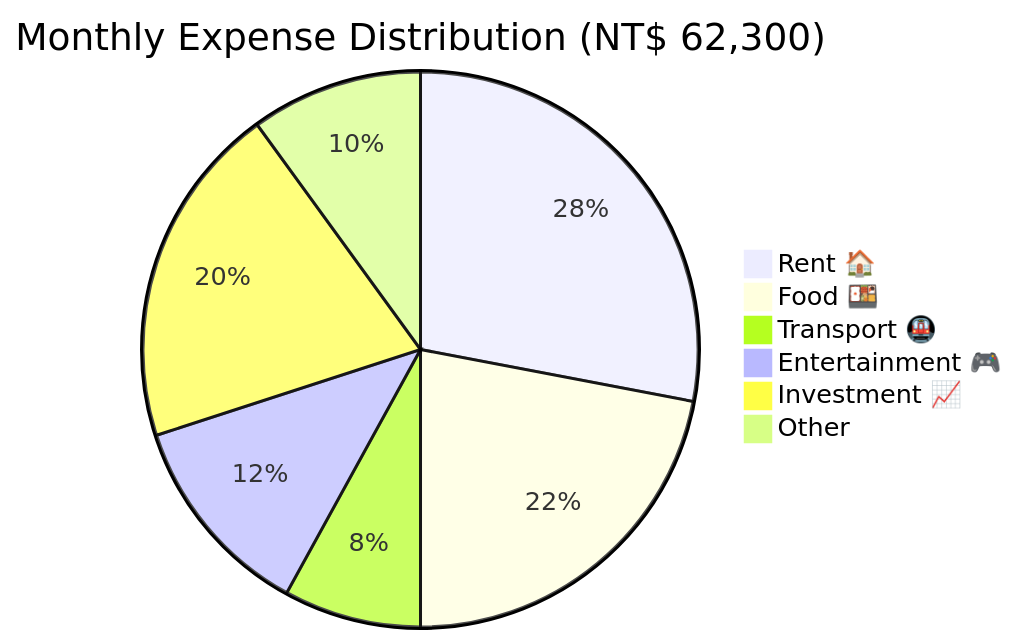
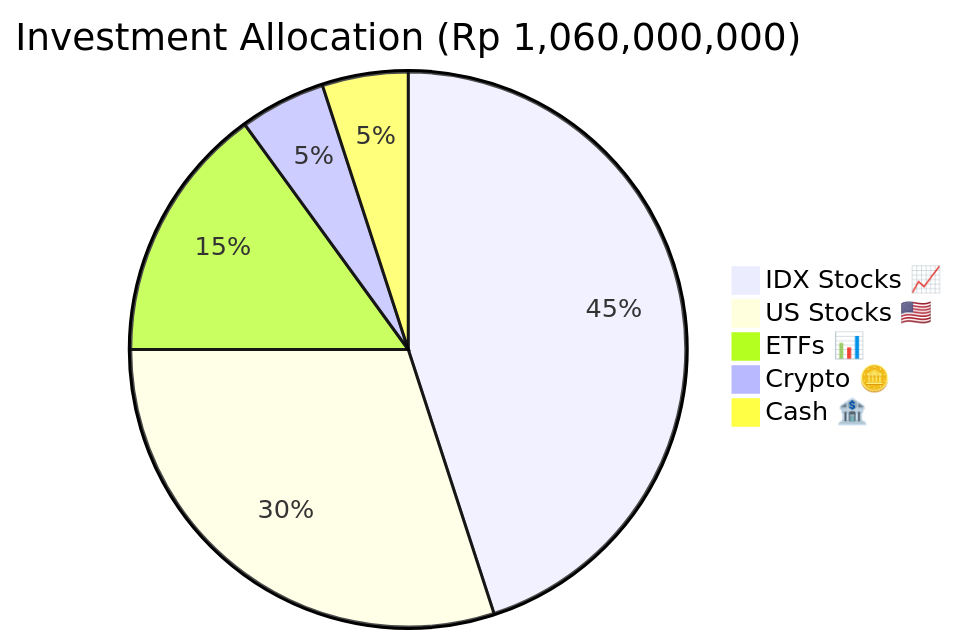
One commit to IgnatiusHarry/Wealthfolio-Portfolio changed the diagram in analytics/dashboard.md. Above: the diagram before and after it, drawn with Mermaid. The commit also changed other lines of this file and 21 other files, not shown here.

````diff
--- a/analytics/dashboard.md
+++ b/analytics/dashboard.md
@@ -35,9 +34,8 @@
 ```mermaid
-pie title Monthly Expense Distribution (NT$ 62,300)
-    "Rent 🏠" : 28
-    "Food 🍱" : 22
-    "Transport 🚇" : 8
-    "Entertainment 🎮" : 12
-    "Investment 📈" : 20
-    "Other" : 10
+pie title Investment Allocation (Rp 1,060,000,000)
+    "IDX Stocks 📈" : 45
+    "US Stocks 🇺🇸" : 30
+    "ETFs 📊" : 15
+    "Crypto 🪙" : 5
+    "Cash 🏦" : 5
 ```
````
